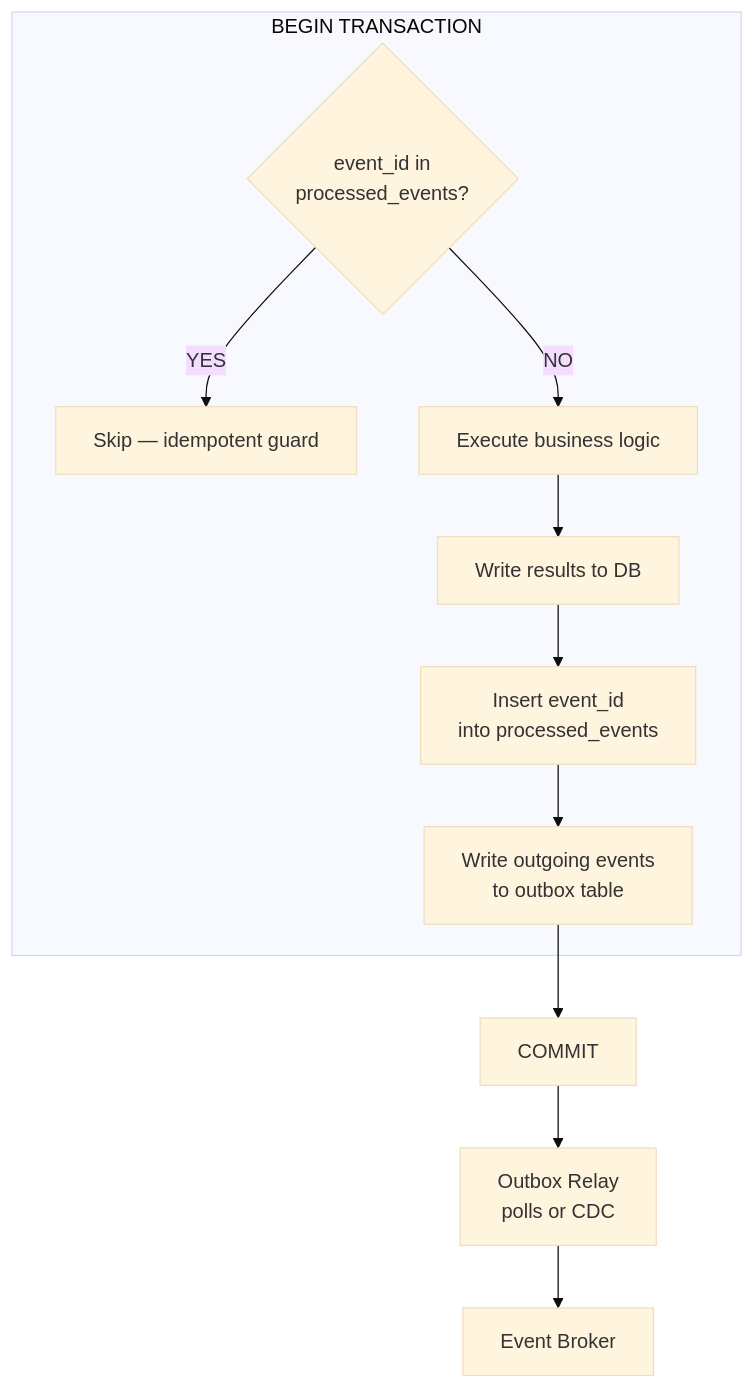
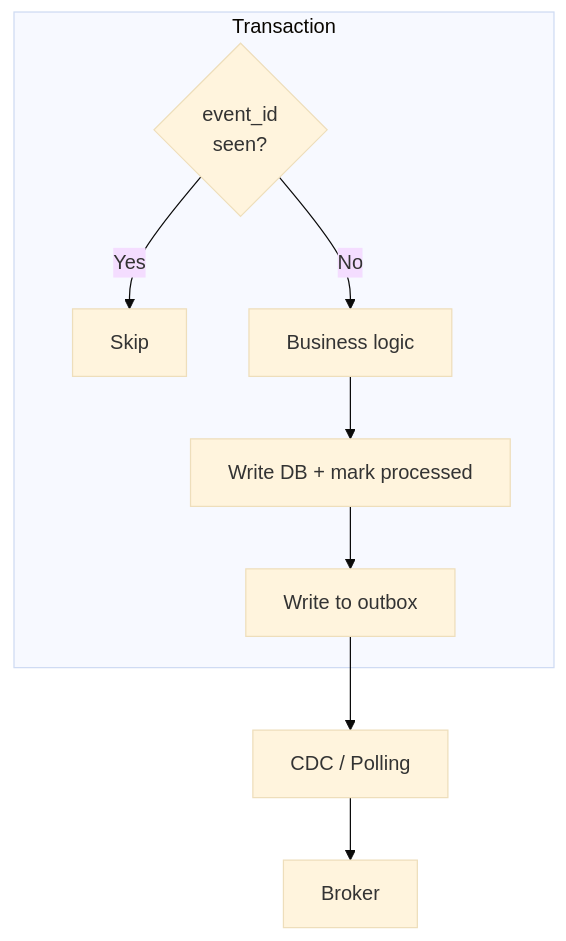
Before and after one commit to calmrocks/system-design-dive-deep: the tenth of 16 diagrams in Sessions/Event-Driven Architecture/Slides.md, drawn with Mermaid (base theme). The commit also changed other lines of this file and 2 other files, not shown here.

```diff
--- a/Sessions/Event-Driven Architecture/Slides.md
+++ b/Sessions/Event-Driven Architecture/Slides.md
@@ -593,14 +358,10 @@
 ~~~mermaid
 flowchart TB
-    subgraph TX["BEGIN TRANSACTION"]
-        CHK{"event_id in\nprocessed_events?"}
-        CHK -->|YES| SKIP[Skip — idempotent guard]
-        CHK -->|NO| BIZ[Execute business logic]
-        BIZ --> WR[Write results to DB]
-        WR --> INS[Insert event_id\ninto processed_events]
-        INS --> OUT[Write outgoing events\nto outbox table]
+    subgraph TX["Transaction"]
+        CHK{"event_id<br>seen?"} -->|Yes| SKIP[Skip]
+        CHK -->|No| BIZ[Business logic]
+        BIZ --> WR[Write DB + mark processed]
+        WR --> OUT[Write to outbox]
     end
-    OUT --> COMMIT[COMMIT]
-    COMMIT --> RELAY[Outbox Relay\npolls or CDC]
-    RELAY --> BROKER[Event Broker]
+    OUT --> RELAY["CDC / Polling"] --> BROKER[Broker]
 ~~~
```
